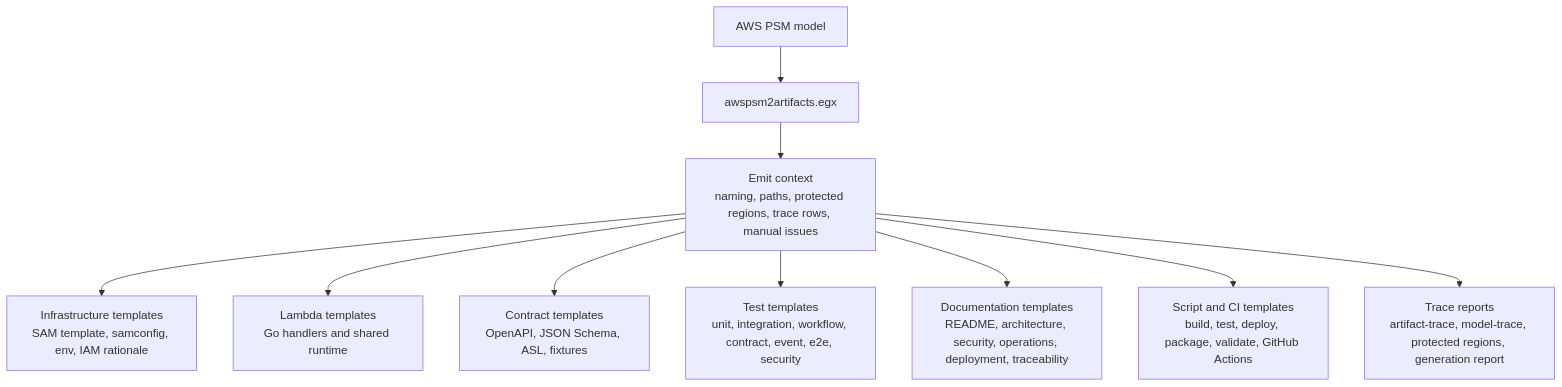
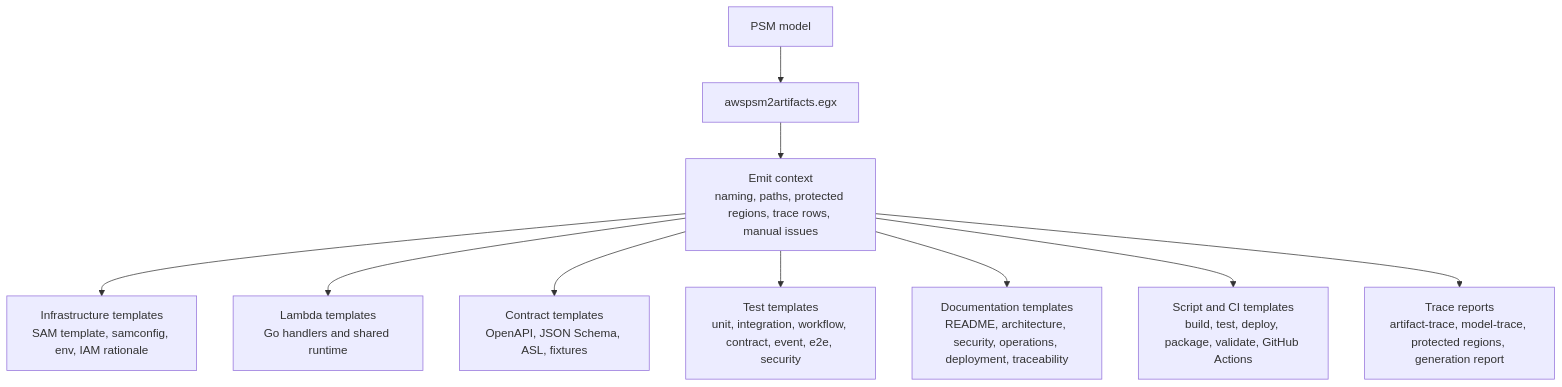
Before and after one commit to mehdieidi/modriss: the fourth of 4 diagrams in docs/diagrams/18-mde-end-to-end-pipeline.md, drawn with Mermaid. The commit also changed other lines of this file and 193 other files, not shown here.

Commit message:
docs: change aws psm to psm

````diff
--- a/docs/diagrams/18-mde-end-to-end-pipeline.md
+++ b/docs/diagrams/18-mde-end-to-end-pipeline.md
@@ -58,22 +58,22 @@
 ```mermaid
 flowchart TB
-    psm["AWS PSM model"]
+    psm["PSM model"]
     egx["awspsm2artifacts.egx"]
     ctx["Emit context<br/>naming, paths, protected regions, trace rows, manual issues"]
     infra["Infrastructure templates<br/>SAM template, samconfig, env, IAM rationale"]
     lambda["Lambda templates<br/>Go handlers and shared runtime"]
     contracts["Contract templates<br/>OpenAPI, JSON Schema, ASL, fixtures"]
     tests["Test templates<br/>unit, integration, workflow, contract, event, e2e, security"]
     docs["Documentation templates<br/>README, architecture, security, operations, deployment, traceability"]
     scripts["Script and CI templates<br/>build, test, deploy, package, validate, GitHub Actions"]
     trace["Trace reports<br/>artifact-trace, model-trace, protected regions, generation report"]
 
     psm --> egx --> ctx
     ctx --> infra
     ctx --> lambda
     ctx --> contracts
     ctx --> tests
     ctx --> docs
     ctx --> scripts
     ctx --> trace
 ```
````
